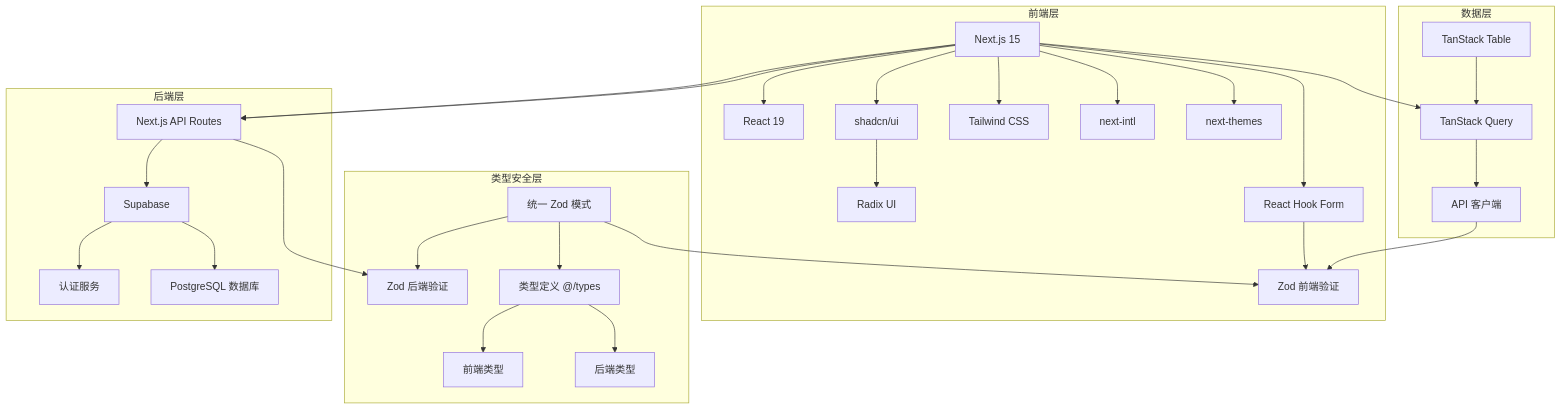
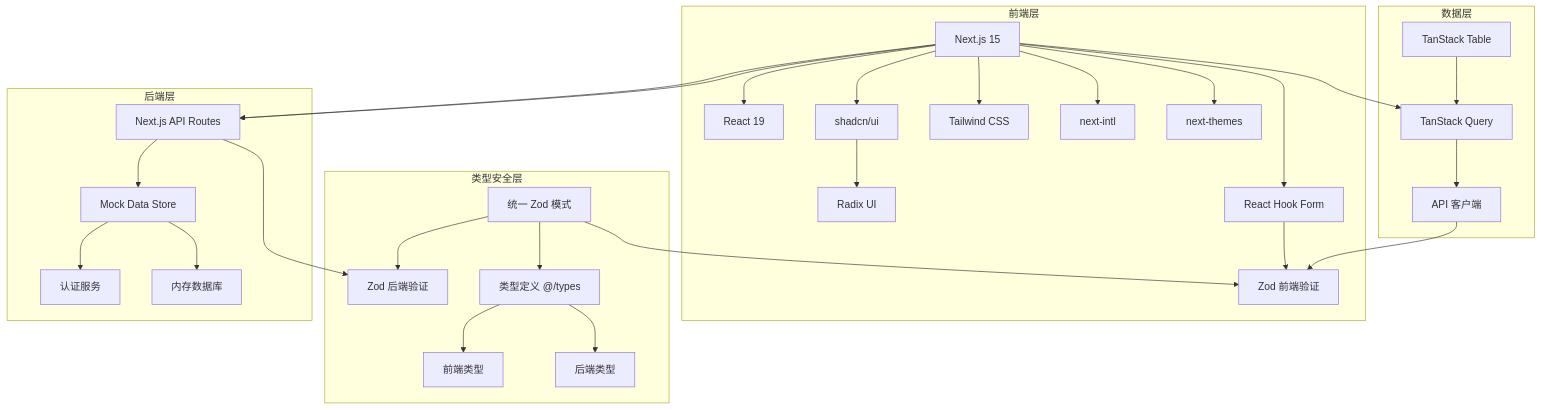
Before and after one commit to Transirizo/next-template: the diagram in README.md, drawn with Mermaid. The commit also changed other lines of this file and 39 other files, not shown here.

````diff
--- a/README.md
+++ b/README.md
@@ -7,38 +7,38 @@
 ```mermaid
 graph TD
     subgraph 前端层
         Next[Next.js 15] --> React[React 19]
         Next --> UI[shadcn/ui]
         UI --> Radix[Radix UI]
         Next --> Style[Tailwind CSS]
         Next --> Form[React Hook Form]
         Form --> ZodFront[Zod 前端验证]
         Next --> I18n[next-intl]
         Next --> Theme[next-themes]
     end
     
     subgraph 类型安全层
         ZodSchema[统一 Zod 模式] --> ZodFront
         ZodSchema --> ZodBack[Zod 后端验证]
         ZodSchema --> TypeDef[类型定义 @/types]
         TypeDef --> FrontendTypes[前端类型]
         TypeDef --> BackendTypes[后端类型]
     end
     
     subgraph 数据层
         TQ[TanStack Query] --> APIClient[API 客户端]
         TT[TanStack Table] --> TQ
         APIClient --> ZodFront
     end
     
     subgraph 后端层
         Next --> APIRoutes[Next.js API Routes]
         APIRoutes --> ZodBack
-        APIRoutes --> Supabase[Supabase]
-        Supabase --> Auth[认证服务]
-        Supabase --> DB[PostgreSQL 数据库]
+        APIRoutes --> MockData[Mock Data Store]
+        MockData --> Auth[认证服务]
+        MockData --> DB[内存数据库]
     end
     
     Next --> TQ
     Next --> APIRoutes
 ```
````
